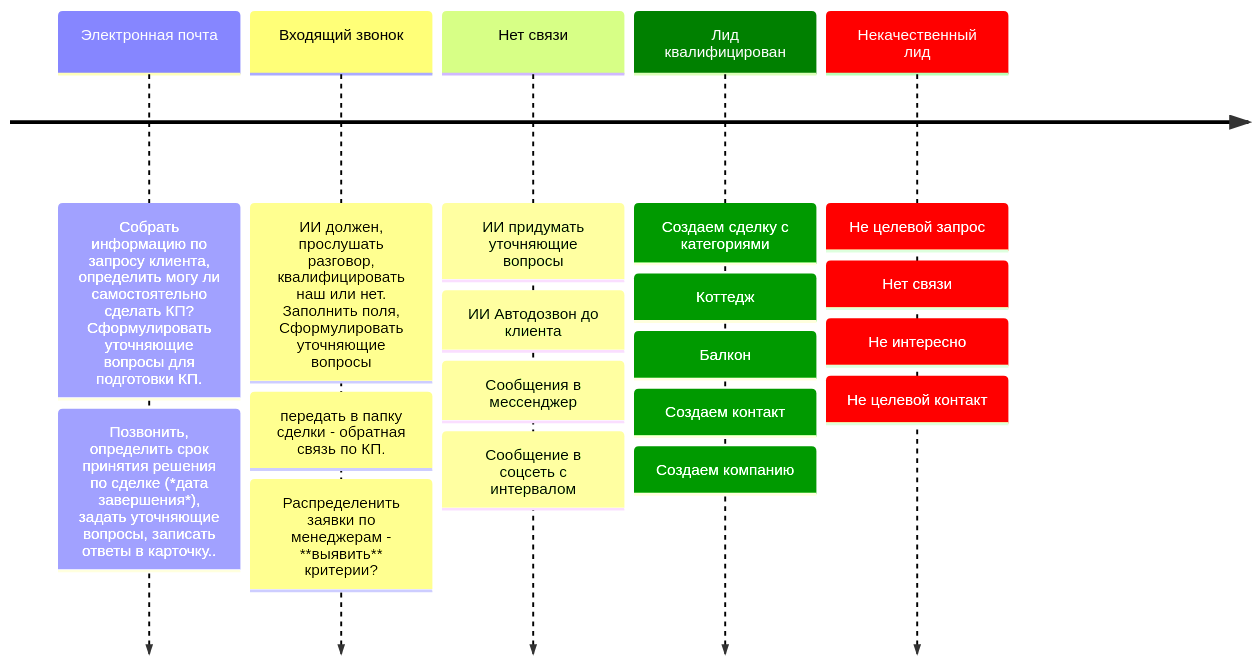
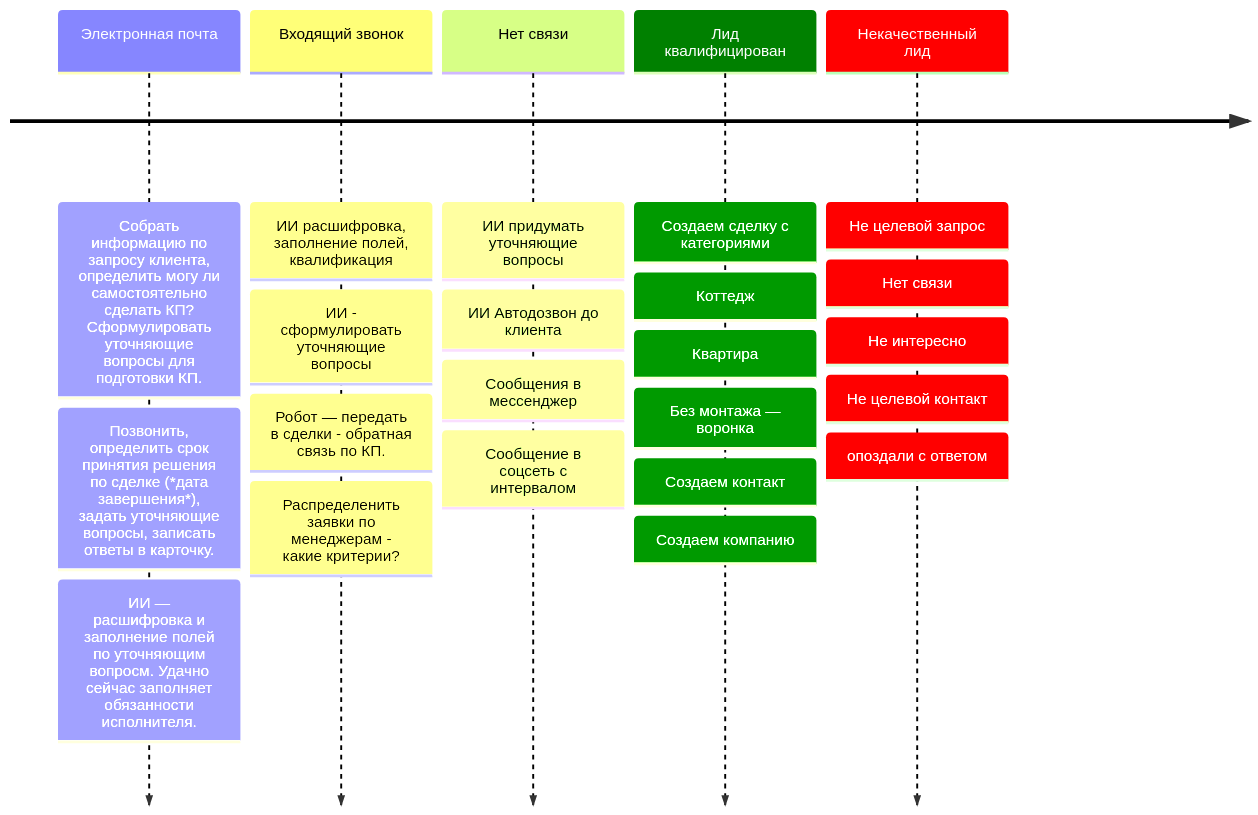
The first of 3 diagrams in content/processing.md (NazarovKI/knowledge), drawn with Mermaid before and after one commit. The commit also changed other lines of this file and 2 other files, not shown here.

````diff
--- a/content/processing.md
+++ b/content/processing.md
@@ -9,20 +13,21 @@
 ```mermaid 
 --- 
 config: 
   logLevel: 'debug' 
   theme: 'default' 
   themeVariables: 
     cScale4: '#ff0000' 
     cScaleLabel4: '#ffffff'  
     cScale3: '#008000' 
     cScaleLabel3: '#ffffff'  
 ---
 timeline
 Электронная почта : Собрать информацию по запросу клиента, определить могу ли самостоятельно сделать КП? Сформулировать уточняющие вопросы для подготовки КП.
-	: Позвонить, определить срок принятия решения по сделке (*дата завершения*), задать уточняющие вопросы, записать ответы в карточку..
-Входящий звонок : ИИ должен, прослушать разговор, квалифицировать наш или нет. Заполнить поля, Сформулировать уточняющие вопросы: передать в папку сделки - обратная связь по КП.
-	: Распределенить заявки по менеджерам - **выявить** критерии?
+	: Позвонить, определить срок принятия решения по сделке (*дата завершения*), задать уточняющие вопросы, записать ответы в карточку.
+	: ИИ — расшифровка и заполнение полей по уточняющим вопросм. Удачно сейчас заполняет обязанности исполнителя.
+Входящий звонок : ИИ расшифровка, заполнение полей, квалификация: ИИ - сформулировать уточняющие вопросы: Робот — передать в сделки - обратная связь по КП.
+	: Распределенить заявки по менеджерам - какие критерии?
 Нет связи: ИИ придумать уточняющие вопросы : ИИ Автодозвон до клиента : Сообщения в мессенджер : Сообщение в соцсеть с интервалом    
-Лид квалифицирован : Создаем сделку с категориями: Коттедж : Балкон : Создаем контакт : Создаем компанию 
-Некачественный лид : Не целевой запрос : Нет связи : Не интересно : Не целевой контакт
+Лид квалифицирован : Создаем сделку с категориями: Коттедж : Квартира : Без монтажа — воронка : Создаем контакт : Создаем компанию 
+Некачественный лид : Не целевой запрос : Нет связи : Не интересно : Не целевой контакт : опоздали с ответом
 ```
````
